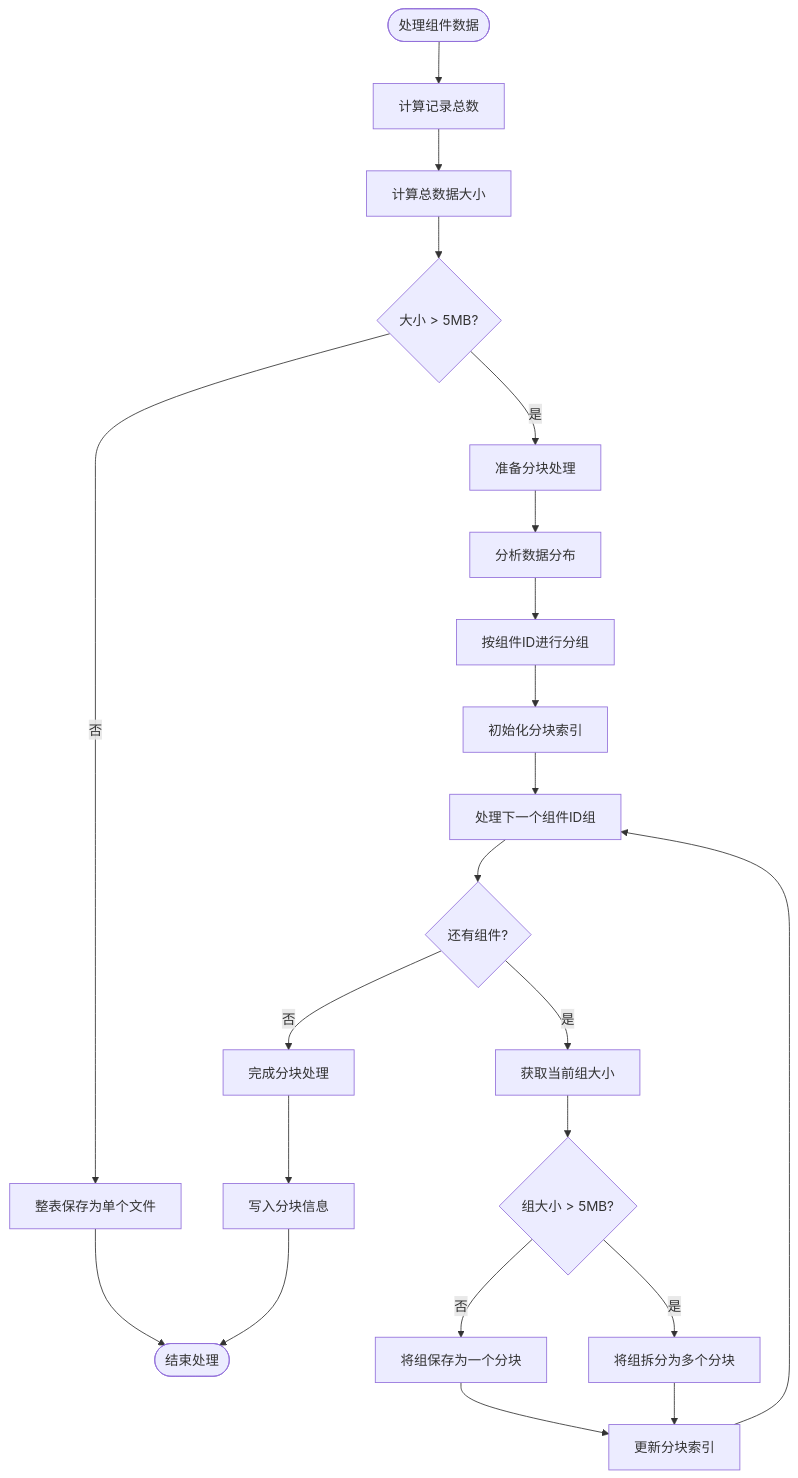
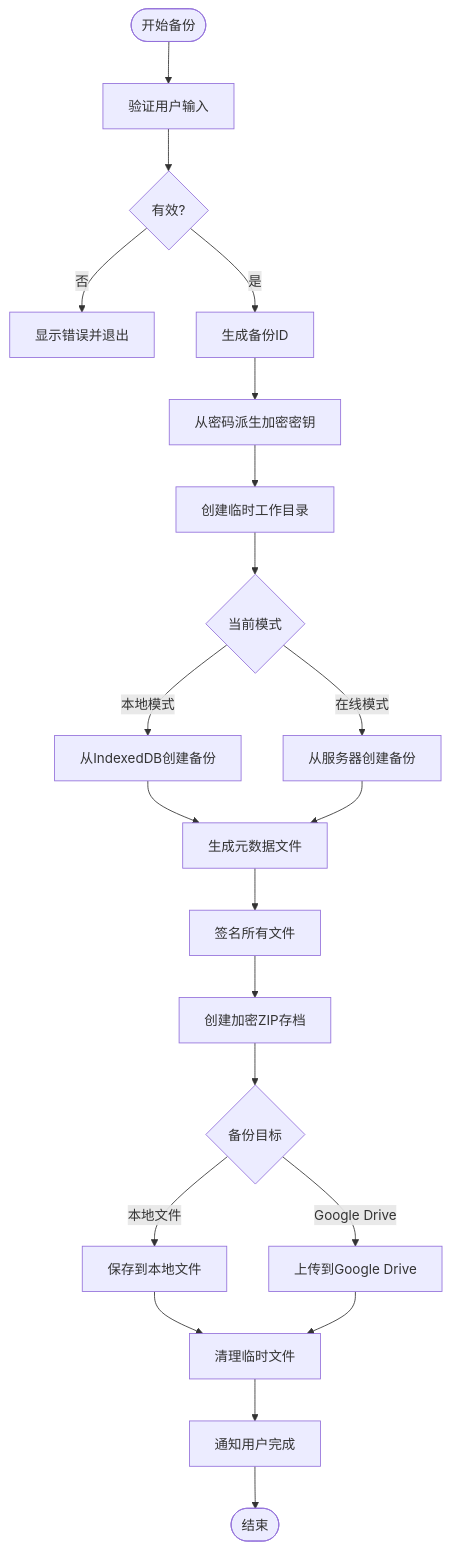
The diagram in all/未命名-52.md (yingjianzh/iodraw-files), drawn with Mermaid before and after one commit.

Commit message:
2025-05-09 14:25:51 update

````diff
--- a/all/未命名-52.md
+++ b/all/未命名-52.md
@@ -1,33 +1,30 @@
 ```mermaid
 flowchart TD
-    Start([处理组件数据]) --> CountRecords[计算记录总数]
-    CountRecords --> CalculateSize[计算总数据大小]
+    Start([开始备份]) --> ValidateInput[验证用户输入]
+    ValidateInput --> InputValid{有效?}
+    InputValid -->|否| ShowError[显示错误并退出]
+    InputValid -->|是| GenerateBackupID[生成备份ID]
     
-    CalculateSize --> SizeCheck{大小 > 5MB?}
-    SizeCheck -->|否| SaveWhole[整表保存为单个文件]
-    SizeCheck -->|是| PrepareChunking[准备分块处理]
+    GenerateBackupID --> DeriveKey[从密码派生加密密钥]
+    DeriveKey --> CreateTemp[创建临时工作目录]
     
-    SaveWhole --> End([结束处理])
+    CreateTemp --> CheckMode{当前模式}
+    CheckMode -->|本地模式| CreateFromIndexedDB[从IndexedDB创建备份]
+    CheckMode -->|在线模式| CreateFromServer[从服务器创建备份]
     
-    PrepareChunking --> AnalyzeDistribution[分析数据分布]
-    AnalyzeDistribution --> GroupByComponent[按组件ID进行分组]
+    CreateFromIndexedDB --> GenerateMetadata[生成元数据文件]
+    CreateFromServer --> GenerateMetadata
     
-    GroupByComponent --> InitChunkIndex[初始化分块索引]
-    InitChunkIndex --> ProcessNextGroup[处理下一个组件ID组]
+    GenerateMetadata --> SignFiles[签名所有文件]
+    SignFiles --> CreateZIP[创建加密ZIP存档]
     
-    ProcessNextGroup --> HasMoreGroups{还有组件?}
-    HasMoreGroups -->|否| FinalizeChunks[完成分块处理]
-    HasMoreGroups -->|是| GetGroupSize[获取当前组大小]
+    CreateZIP --> BackupDestination{备份目标}
+    BackupDestination -->|本地文件| SaveLocal[保存到本地文件]
+    BackupDestination -->|Google Drive| UploadGDrive[上传到Google Drive]
     
-    GetGroupSize --> GroupSizeCheck{组大小 > 5MB?}
-    GroupSizeCheck -->|否| SaveGroup[将组保存为一个分块]
-    GroupSizeCheck -->|是| SplitGroup[将组拆分为多个分块]
+    SaveLocal --> CleanupTemp[清理临时文件]
+    UploadGDrive --> CleanupTemp
     
-    SaveGroup --> UpdateIndex[更新分块索引]
-    SplitGroup --> UpdateIndex
-    
-    UpdateIndex --> ProcessNextGroup
-    
-    FinalizeChunks --> WriteChunkInfo[写入分块信息]
-    WriteChunkInfo --> End
+    CleanupTemp --> NotifyComplete[通知用户完成]
+    NotifyComplete --> End([结束])
 ```
````
